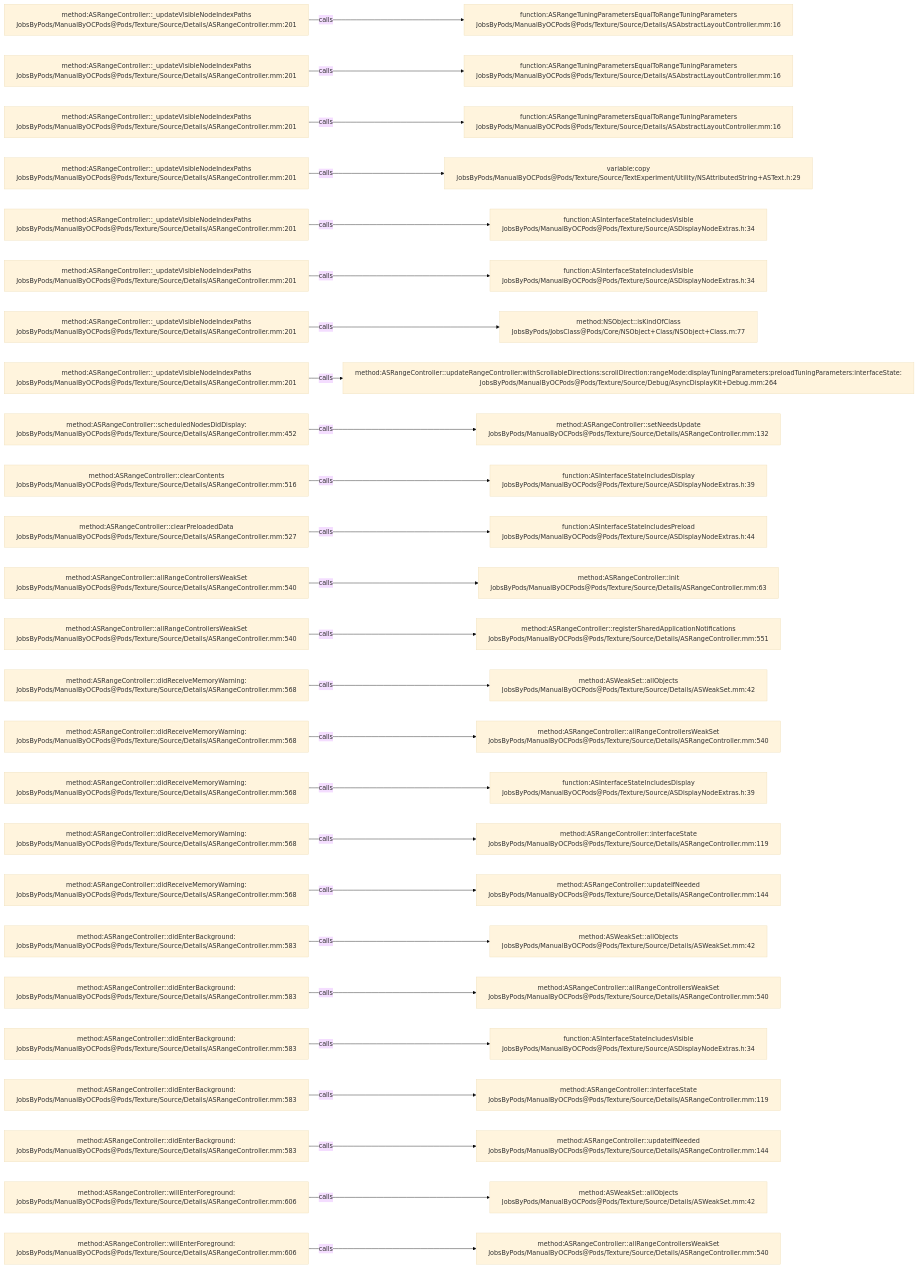
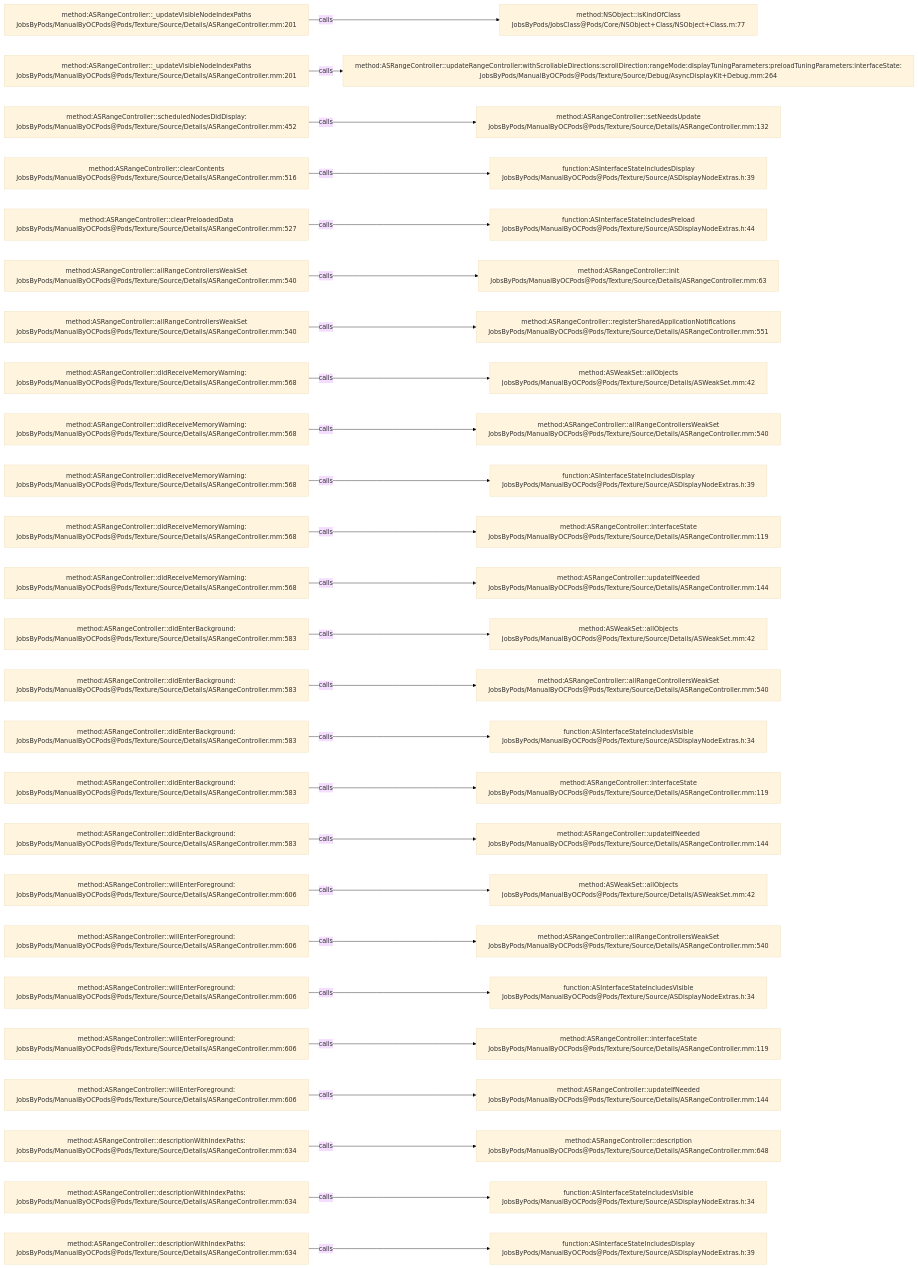
One commit to JobsKits/JobsOCBaseConfigDemo changed the diagram in .codegraph/codegraph.md/graphs/calls-156.md. Above: the diagram before and after it, drawn with Mermaid (base theme). The commit also changed 666 other files, not shown here.

````diff
--- a/.codegraph/codegraph.md/graphs/calls-156.md
+++ b/.codegraph/codegraph.md/graphs/calls-156.md
@@ -13,78 +13,78 @@
 ```mermaid
 flowchart LR
   S1["method:ASRangeController::_updateVisibleNodeIndexPaths<br/>JobsByPods/ManualByOCPods@Pods/Texture/Source/Details/ASRangeController.mm:201"]
-  T1["function:ASRangeTuningParametersEqualToRangeTuningParameters<br/>JobsByPods/ManualByOCPods@Pods/Texture/Source/Details/ASAbstractLayoutController.mm:16"]
+  T1["method:NSObject::isKindOfClass<br/>JobsByPods/JobsClass@Pods/Core/NSObject+Class/NSObject+Class.m:77"]
   S1 -->|calls| T1
   S2["method:ASRangeController::_updateVisibleNodeIndexPaths<br/>JobsByPods/ManualByOCPods@Pods/Texture/Source/Details/ASRangeController.mm:201"]
-  T2["function:ASRangeTuningParametersEqualToRangeTuningParameters<br/>JobsByPods/ManualByOCPods@Pods/Texture/Source/Details/ASAbstractLayoutController.mm:16"]
+  T2["method:ASRangeController::updateRangeController:withScrollableDirections:scrollDirection:rangeMode:displayTuningParameters:preloadTuningParameters:interfaceState:<br/>JobsByPods/ManualByOCPods@Pods/Texture/Source/Debug/AsyncDisplayKit+Debug.mm:264"]
   S2 -->|calls| T2
-  S3["method:ASRangeController::_updateVisibleNodeIndexPaths<br/>JobsByPods/ManualByOCPods@Pods/Texture/Source/Details/ASRangeController.mm:201"]
-  T3["function:ASRangeTuningParametersEqualToRangeTuningParameters<br/>JobsByPods/ManualByOCPods@Pods/Texture/Source/Details/ASAbstractLayoutController.mm:16"]
+  S3["method:ASRangeController::scheduledNodesDidDisplay:<br/>JobsByPods/ManualByOCPods@Pods/Texture/Source/Details/ASRangeController.mm:452"]
+  T3["method:ASRangeController::setNeedsUpdate<br/>JobsByPods/ManualByOCPods@Pods/Texture/Source/Details/ASRangeController.mm:132"]
   S3 -->|calls| T3
-  S4["method:ASRangeController::_updateVisibleNodeIndexPaths<br/>JobsByPods/ManualByOCPods@Pods/Texture/Source/Details/ASRangeController.mm:201"]
-  T4["variable:copy<br/>JobsByPods/ManualByOCPods@Pods/Texture/Source/TextExperiment/Utility/NSAttributedString+ASText.h:29"]
+  S4["method:ASRangeController::clearContents<br/>JobsByPods/ManualByOCPods@Pods/Texture/Source/Details/ASRangeController.mm:516"]
+  T4["function:ASInterfaceStateIncludesDisplay<br/>JobsByPods/ManualByOCPods@Pods/Texture/Source/ASDisplayNodeExtras.h:39"]
   S4 -->|calls| T4
-  S5["method:ASRangeController::_updateVisibleNodeIndexPaths<br/>JobsByPods/ManualByOCPods@Pods/Texture/Source/Details/ASRangeController.mm:201"]
-  T5["function:ASInterfaceStateIncludesVisible<br/>JobsByPods/ManualByOCPods@Pods/Texture/Source/ASDisplayNodeExtras.h:34"]
+  S5["method:ASRangeController::clearPreloadedData<br/>JobsByPods/ManualByOCPods@Pods/Texture/Source/Details/ASRangeController.mm:527"]
+  T5["function:ASInterfaceStateIncludesPreload<br/>JobsByPods/ManualByOCPods@Pods/Texture/Source/ASDisplayNodeExtras.h:44"]
   S5 -->|calls| T5
-  S6["method:ASRangeController::_updateVisibleNodeIndexPaths<br/>JobsByPods/ManualByOCPods@Pods/Texture/Source/Details/ASRangeController.mm:201"]
-  T6["function:ASInterfaceStateIncludesVisible<br/>JobsByPods/ManualByOCPods@Pods/Texture/Source/ASDisplayNodeExtras.h:34"]
+  S6["method:ASRangeController::allRangeControllersWeakSet<br/>JobsByPods/ManualByOCPods@Pods/Texture/Source/Details/ASRangeController.mm:540"]
+  T6["method:ASRangeController::init<br/>JobsByPods/ManualByOCPods@Pods/Texture/Source/Details/ASRangeController.mm:63"]
   S6 -->|calls| T6
-  S7["method:ASRangeController::_updateVisibleNodeIndexPaths<br/>JobsByPods/ManualByOCPods@Pods/Texture/Source/Details/ASRangeController.mm:201"]
-  T7["method:NSObject::isKindOfClass<br/>JobsByPods/JobsClass@Pods/Core/NSObject+Class/NSObject+Class.m:77"]
+  S7["method:ASRangeController::allRangeControllersWeakSet<br/>JobsByPods/ManualByOCPods@Pods/Texture/Source/Details/ASRangeController.mm:540"]
+  T7["method:ASRangeController::registerSharedApplicationNotifications<br/>JobsByPods/ManualByOCPods@Pods/Texture/Source/Details/ASRangeController.mm:551"]
   S7 -->|calls| T7
-  S8["method:ASRangeController::_updateVisibleNodeIndexPaths<br/>JobsByPods/ManualByOCPods@Pods/Texture/Source/Details/ASRangeController.mm:201"]
-  T8["method:ASRangeController::updateRangeController:withScrollableDirections:scrollDirection:rangeMode:displayTuningParameters:preloadTuningParameters:interfaceState:<br/>JobsByPods/ManualByOCPods@Pods/Texture/Source/Debug/AsyncDisplayKit+Debug.mm:264"]
+  S8["method:ASRangeController::didReceiveMemoryWarning:<br/>JobsByPods/ManualByOCPods@Pods/Texture/Source/Details/ASRangeController.mm:568"]
+  T8["method:ASWeakSet::allObjects<br/>JobsByPods/ManualByOCPods@Pods/Texture/Source/Details/ASWeakSet.mm:42"]
   S8 -->|calls| T8
-  S9["method:ASRangeController::scheduledNodesDidDisplay:<br/>JobsByPods/ManualByOCPods@Pods/Texture/Source/Details/ASRangeController.mm:452"]
-  T9["method:ASRangeController::setNeedsUpdate<br/>JobsByPods/ManualByOCPods@Pods/Texture/Source/Details/ASRangeController.mm:132"]
+  S9["method:ASRangeController::didReceiveMemoryWarning:<br/>JobsByPods/ManualByOCPods@Pods/Texture/Source/Details/ASRangeController.mm:568"]
+  T9["method:ASRangeController::allRangeControllersWeakSet<br/>JobsByPods/ManualByOCPods@Pods/Texture/Source/Details/ASRangeController.mm:540"]
   S9 -->|calls| T9
-  S10["method:ASRangeController::clearContents<br/>JobsByPods/ManualByOCPods@Pods/Texture/Source/Details/ASRangeController.mm:516"]
+  S10["method:ASRangeController::didReceiveMemoryWarning:<br/>JobsByPods/ManualByOCPods@Pods/Texture/Source/Details/ASRangeController.mm:568"]
   T10["function:ASInterfaceStateIncludesDisplay<br/>JobsByPods/ManualByOCPods@Pods/Texture/Source/ASDisplayNodeExtras.h:39"]
   S10 -->|calls| T10
-  S11["method:ASRangeController::clearPreloadedData<br/>JobsByPods/ManualByOCPods@Pods/Texture/Source/Details/ASRangeController.mm:527"]
-  T11["function:ASInterfaceStateIncludesPreload<br/>JobsByPods/ManualByOCPods@Pods/Texture/Source/ASDisplayNodeExtras.h:44"]
+  S11["method:ASRangeController::didReceiveMemoryWarning:<br/>JobsByPods/ManualByOCPods@Pods/Texture/Source/Details/ASRangeController.mm:568"]
+  T11["method:ASRangeController::interfaceState<br/>JobsByPods/ManualByOCPods@Pods/Texture/Source/Details/ASRangeController.mm:119"]
   S11 -->|calls| T11
-  S12["method:ASRangeController::allRangeControllersWeakSet<br/>JobsByPods/ManualByOCPods@Pods/Texture/Source/Details/ASRangeController.mm:540"]
-  T12["method:ASRangeController::init<br/>JobsByPods/ManualByOCPods@Pods/Texture/Source/Details/ASRangeController.mm:63"]
+  S12["method:ASRangeController::didReceiveMemoryWarning:<br/>JobsByPods/ManualByOCPods@Pods/Texture/Source/Details/ASRangeController.mm:568"]
+  T12["method:ASRangeController::updateIfNeeded<br/>JobsByPods/ManualByOCPods@Pods/Texture/Source/Details/ASRangeController.mm:144"]
   S12 -->|calls| T12
-  S13["method:ASRangeController::allRangeControllersWeakSet<br/>JobsByPods/ManualByOCPods@Pods/Texture/Source/Details/ASRangeController.mm:540"]
-  T13["method:ASRangeController::registerSharedApplicationNotifications<br/>JobsByPods/ManualByOCPods@Pods/Texture/Source/Details/ASRangeController.mm:551"]
+  S13["method:ASRangeController::didEnterBackground:<br/>JobsByPods/ManualByOCPods@Pods/Texture/Source/Details/ASRangeController.mm:583"]
+  T13["method:ASWeakSet::allObjects<br/>JobsByPods/ManualByOCPods@Pods/Texture/Source/Details/ASWeakSet.mm:42"]
   S13 -->|calls| T13
-  S14["method:ASRangeController::didReceiveMemoryWarning:<br/>JobsByPods/ManualByOCPods@Pods/Texture/Source/Details/ASRangeController.mm:568"]
-  T14["method:ASWeakSet::allObjects<br/>JobsByPods/ManualByOCPods@Pods/Texture/Source/Details/ASWeakSet.mm:42"]
+  S14["method:ASRangeController::didEnterBackground:<br/>JobsByPods/ManualByOCPods@Pods/Texture/Source/Details/ASRangeController.mm:583"]
+  T14["method:ASRangeController::allRangeControllersWeakSet<br/>JobsByPods/ManualByOCPods@Pods/Texture/Source/Details/ASRangeController.mm:540"]
   S14 -->|calls| T14
-  S15["method:ASRangeController::didReceiveMemoryWarning:<br/>JobsByPods/ManualByOCPods@Pods/Texture/Source/Details/ASRangeController.mm:568"]
-  T15["method:ASRangeController::allRangeControllersWeakSet<br/>JobsByPods/ManualByOCPods@Pods/Texture/Source/Details/ASRangeController.mm:540"]
+  S15["method:ASRangeController::didEnterBackground:<br/>JobsByPods/ManualByOCPods@Pods/Texture/Source/Details/ASRangeController.mm:583"]
+  T15["function:ASInterfaceStateIncludesVisible<br/>JobsByPods/ManualByOCPods@Pods/Texture/Source/ASDisplayNodeExtras.h:34"]
   S15 -->|calls| T15
-  S16["method:ASRangeController::didReceiveMemoryWarning:<br/>JobsByPods/ManualByOCPods@Pods/Texture/Source/Details/ASRangeController.mm:568"]
-  T16["function:ASInterfaceStateIncludesDisplay<br/>JobsByPods/ManualByOCPods@Pods/Texture/Source/ASDisplayNodeExtras.h:39"]
+  S16["method:ASRangeController::didEnterBackground:<br/>JobsByPods/ManualByOCPods@Pods/Texture/Source/Details/ASRangeController.mm:583"]
+  T16["method:ASRangeController::interfaceState<br/>JobsByPods/ManualByOCPods@Pods/Texture/Source/Details/ASRangeController.mm:119"]
   S16 -->|calls| T16
-  S17["method:ASRangeController::didReceiveMemoryWarning:<br/>JobsByPods/ManualByOCPods@Pods/Texture/Source/Details/ASRangeController.mm:568"]
-  T17["method:ASRangeController::interfaceState<br/>JobsByPods/ManualByOCPods@Pods/Texture/Source/Details/ASRangeController.mm:119"]
+  S17["method:ASRangeController::didEnterBackground:<br/>JobsByPods/ManualByOCPods@Pods/Texture/Source/Details/ASRangeController.mm:583"]
+  T17["method:ASRangeController::updateIfNeeded<br/>JobsByPods/ManualByOCPods@Pods/Texture/Source/Details/ASRangeController.mm:144"]
   S17 -->|calls| T17
-  S18["method:ASRangeController::didReceiveMemoryWarning:<br/>JobsByPods/ManualByOCPods@Pods/Texture/Source/Details/ASRangeController.mm:568"]
-  T18["method:ASRangeController::updateIfNeeded<br/>JobsByPods/ManualByOCPods@Pods/Texture/Source/Details/ASRangeController.mm:144"]
+  S18["method:ASRangeController::willEnterForeground:<br/>JobsByPods/ManualByOCPods@Pods/Texture/Source/Details/ASRangeController.mm:606"]
+  T18["method:ASWeakSet::allObjects<br/>JobsByPods/ManualByOCPods@Pods/Texture/Source/Details/ASWeakSet.mm:42"]
   S18 -->|calls| T18
-  S19["method:ASRangeController::didEnterBackground:<br/>JobsByPods/ManualByOCPods@Pods/Texture/Source/Details/ASRangeController.mm:583"]
-  T19["method:ASWeakSet::allObjects<br/>JobsByPods/ManualByOCPods@Pods/Texture/Source/Details/ASWeakSet.mm:42"]
+  S19["method:ASRangeController::willEnterForeground:<br/>JobsByPods/ManualByOCPods@Pods/Texture/Source/Details/ASRangeController.mm:606"]
+  T19["method:ASRangeController::allRangeControllersWeakSet<br/>JobsByPods/ManualByOCPods@Pods/Texture/Source/Details/ASRangeController.mm:540"]
   S19 -->|calls| T19
-  S20["method:ASRangeController::didEnterBackground:<br/>JobsByPods/ManualByOCPods@Pods/Texture/Source/Details/ASRangeController.mm:583"]
-  T20["method:ASRangeController::allRangeControllersWeakSet<br/>JobsByPods/ManualByOCPods@Pods/Texture/Source/Details/ASRangeController.mm:540"]
+  S20["method:ASRangeController::willEnterForeground:<br/>JobsByPods/ManualByOCPods@Pods/Texture/Source/Details/ASRangeController.mm:606"]
+  T20["function:ASInterfaceStateIncludesVisible<br/>JobsByPods/ManualByOCPods@Pods/Texture/Source/ASDisplayNodeExtras.h:34"]
   S20 -->|calls| T20
-  S21["method:ASRangeController::didEnterBackground:<br/>JobsByPods/ManualByOCPods@Pods/Texture/Source/Details/ASRangeController.mm:583"]
-  T21["function:ASInterfaceStateIncludesVisible<br/>JobsByPods/ManualByOCPods@Pods/Texture/Source/ASDisplayNodeExtras.h:34"]
+  S21["method:ASRangeController::willEnterForeground:<br/>JobsByPods/ManualByOCPods@Pods/Texture/Source/Details/ASRangeController.mm:606"]
+  T21["method:ASRangeController::interfaceState<br/>JobsByPods/ManualByOCPods@Pods/Texture/Source/Details/ASRangeController.mm:119"]
   S21 -->|calls| T21
-  S22["method:ASRangeController::didEnterBackground:<br/>JobsByPods/ManualByOCPods@Pods/Texture/Source/Details/ASRangeController.mm:583"]
-  T22["method:ASRangeController::interfaceState<br/>JobsByPods/ManualByOCPods@Pods/Texture/Source/Details/ASRangeController.mm:119"]
+  S22["method:ASRangeController::willEnterForeground:<br/>JobsByPods/ManualByOCPods@Pods/Texture/Source/Details/ASRangeController.mm:606"]
+  T22["method:ASRangeController::updateIfNeeded<br/>JobsByPods/ManualByOCPods@Pods/Texture/Source/Details/ASRangeController.mm:144"]
   S22 -->|calls| T22
-  S23["method:ASRangeController::didEnterBackground:<br/>JobsByPods/ManualByOCPods@Pods/Texture/Source/Details/ASRangeController.mm:583"]
-  T23["method:ASRangeController::updateIfNeeded<br/>JobsByPods/ManualByOCPods@Pods/Texture/Source/Details/ASRangeController.mm:144"]
+  S23["method:ASRangeController::descriptionWithIndexPaths:<br/>JobsByPods/ManualByOCPods@Pods/Texture/Source/Details/ASRangeController.mm:634"]
+  T23["method:ASRangeController::description<br/>JobsByPods/ManualByOCPods@Pods/Texture/Source/Details/ASRangeController.mm:648"]
   S23 -->|calls| T23
-  S24["method:ASRangeController::willEnterForeground:<br/>JobsByPods/ManualByOCPods@Pods/Texture/Source/Details/ASRangeController.mm:606"]
-  T24["method:ASWeakSet::allObjects<br/>JobsByPods/ManualByOCPods@Pods/Texture/Source/Details/ASWeakSet.mm:42"]
+  S24["method:ASRangeController::descriptionWithIndexPaths:<br/>JobsByPods/ManualByOCPods@Pods/Texture/Source/Details/ASRangeController.mm:634"]
+  T24["function:ASInterfaceStateIncludesVisible<br/>JobsByPods/ManualByOCPods@Pods/Texture/Source/ASDisplayNodeExtras.h:34"]
   S24 -->|calls| T24
-  S25["method:ASRangeController::willEnterForeground:<br/>JobsByPods/ManualByOCPods@Pods/Texture/Source/Details/ASRangeController.mm:606"]
-  T25["method:ASRangeController::allRangeControllersWeakSet<br/>JobsByPods/ManualByOCPods@Pods/Texture/Source/Details/ASRangeController.mm:540"]
+  S25["method:ASRangeController::descriptionWithIndexPaths:<br/>JobsByPods/ManualByOCPods@Pods/Texture/Source/Details/ASRangeController.mm:634"]
+  T25["function:ASInterfaceStateIncludesDisplay<br/>JobsByPods/ManualByOCPods@Pods/Texture/Source/ASDisplayNodeExtras.h:39"]
   S25 -->|calls| T25
 ```
````
